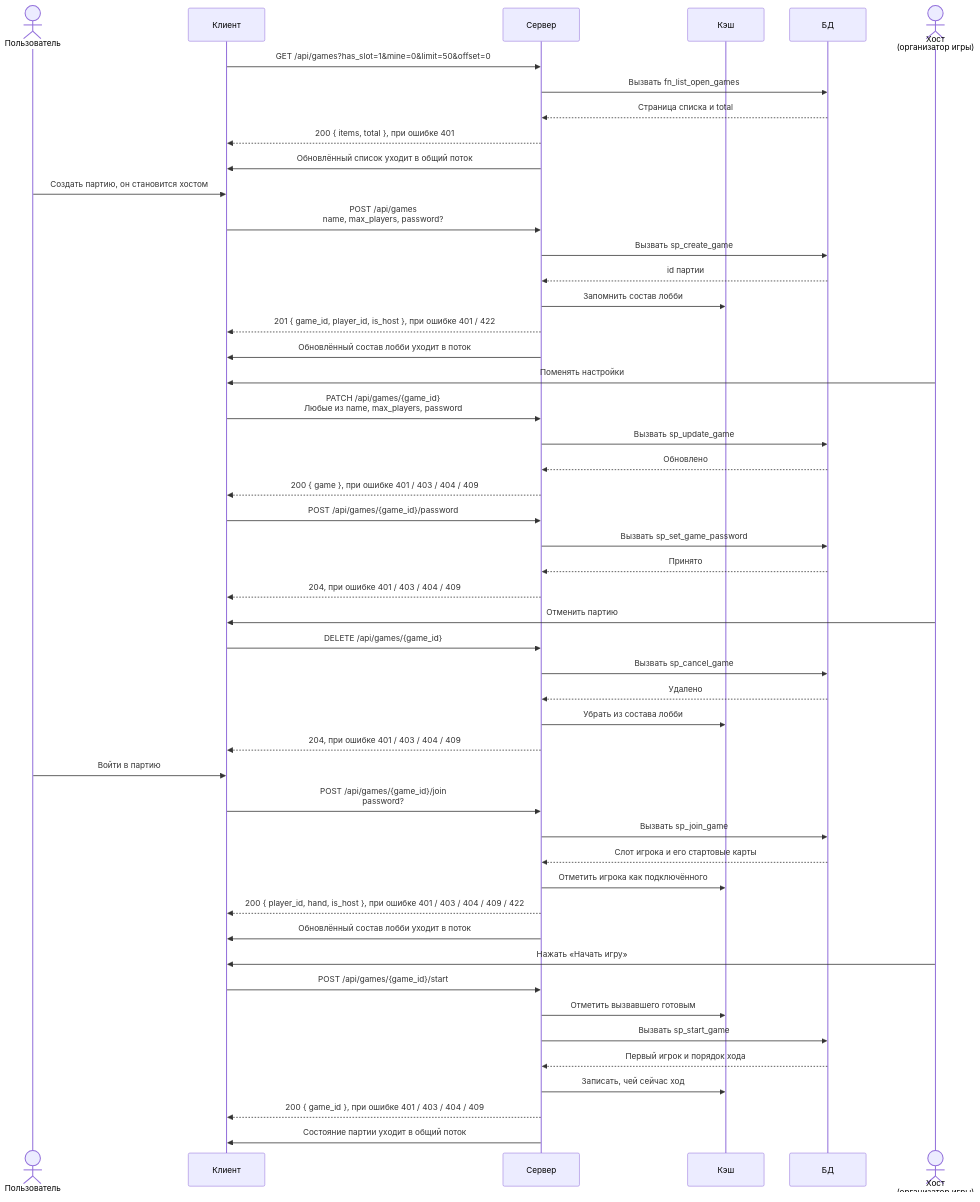
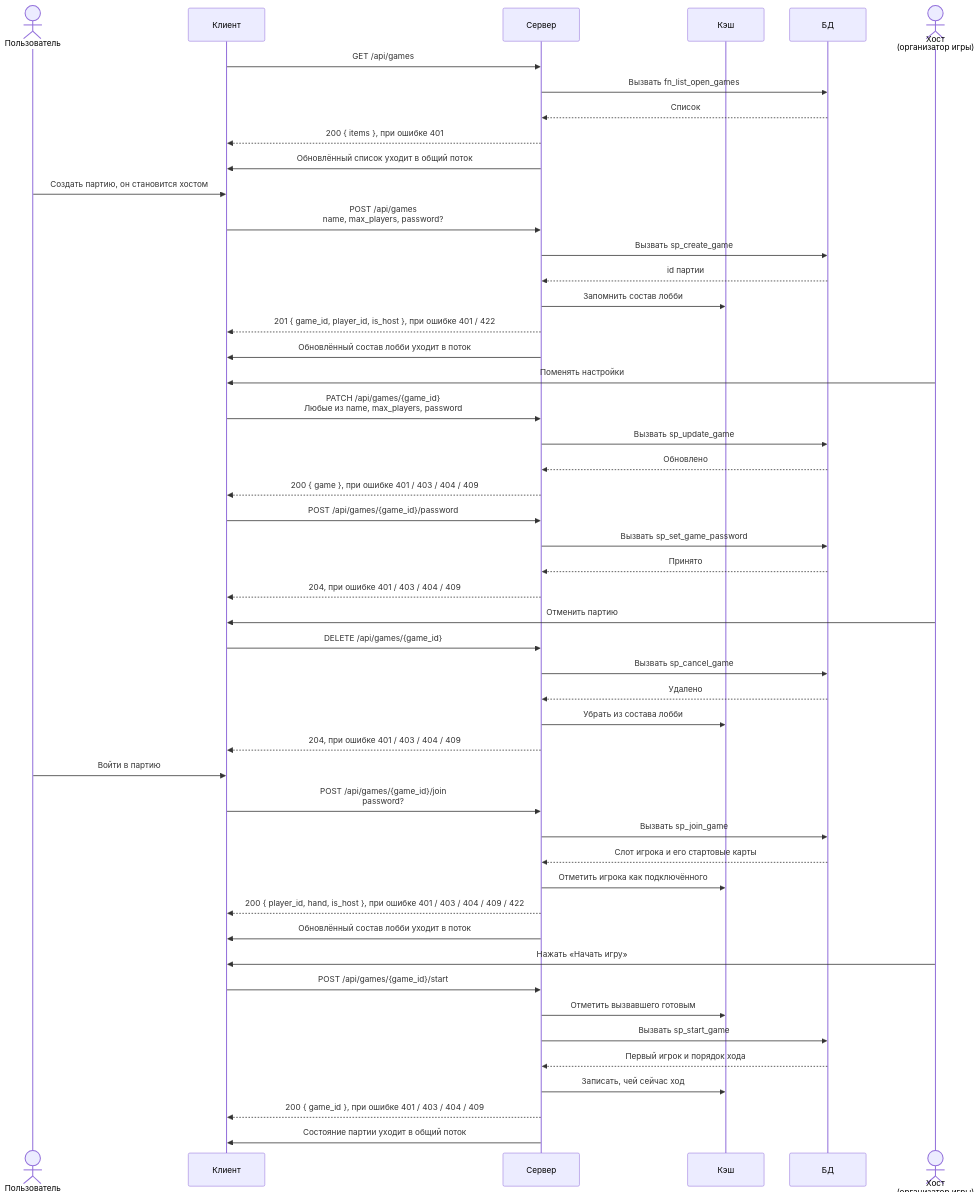
One commit to docup1/edin-game changed the diagram in diagrams/lobby.mmd. Above: the diagram before and after it, drawn with Mermaid. The commit also changed 2 other files, not shown here.

```diff
--- a/diagrams/lobby.mmd
+++ b/diagrams/lobby.mmd
@@ -1,88 +1,90 @@
 %% Всё до игры: список, создание, настройки, отмена, вход, старт.
 %% Действуют двое: обычный пользователь и хост, то есть организатор партии.
 %% Партия ещё не началась, поэтому состав лобби в кэше, факты в базе.
 %% Диаграмма делится по смыслу, а не по наличию {game_id}: пароль ставит
 %% админ, но до игры, поэтому разбирается здесь.
 sequenceDiagram
     actor U as Пользователь
     participant C as Клиент
     participant S as Сервер
     participant K as Кэш
     participant D as БД
     actor H as Хост<br/>(организатор игры)
 
-    C->>S: GET /api/games?has_slot=1&mine=0&limit=50&offset=0
+    %% Фильтры has_slot и mine живут в колонке Query таблицы в API.md,
+    %% на стрелке их нет: список и так уходит в поток целиком.
+    C->>S: GET /api/games
     S->>D: Вызвать fn_list_open_games
-    D-->>S: Страница списка и total
-    S-->>C: 200 { items, total }, при ошибке 401
+    D-->>S: Список
+    S-->>C: 200 { items }, при ошибке 401
     S->>C: Обновлённый список уходит в общий поток
 
     U->>C: Создать партию, он становится хостом
     C->>S: POST /api/games<br/>name, max_players, password?
     S->>D: Вызвать sp_create_game
     D-->>S: id партии
     S->>K: Запомнить состав лобби
     S-->>C: 201 { game_id, player_id, is_host }, при ошибке 401 / 422
     S->>C: Обновлённый состав лобби уходит в поток
 
     H->>C: Поменять настройки
     C->>S: PATCH /api/games/{game_id}<br/>Любые из name, max_players, password
     S->>D: Вызвать sp_update_game
     D-->>S: Обновлено
     S-->>C: 200 { game }, при ошибке 401 / 403 / 404 / 409
 
     C->>S: POST /api/games/{game_id}/password
     S->>D: Вызвать sp_set_game_password
     D-->>S: Принято
     S-->>C: 204, при ошибке 401 / 403 / 404 / 409
 
     H->>C: Отменить партию
     C->>S: DELETE /api/games/{game_id}
     S->>D: Вызвать sp_cancel_game
     D-->>S: Удалено
     S->>K: Убрать из состава лобби
     S-->>C: 204, при ошибке 401 / 403 / 404 / 409
 
     U->>C: Войти в партию
     C->>S: POST /api/games/{game_id}/join<br/>password?
     S->>D: Вызвать sp_join_game
     D-->>S: Слот игрока и его стартовые карты
     S->>K: Отметить игрока как подключённого
     S-->>C: 200 { player_id, hand, is_host }, при ошибке 401 / 403 / 404 / 409 / 422
     S->>C: Обновлённый состав лобби уходит в поток
 
     H->>C: Нажать «Начать игру»
     C->>S: POST /api/games/{game_id}/start
     S->>K: Отметить вызвавшего готовым
     S->>D: Вызвать sp_start_game
     D-->>S: Первый игрок и порядок хода
     S->>K: Записать, чей сейчас ход
     S-->>C: 200 { game_id }, при ошибке 401 / 403 / 404 / 409
     S->>C: Состояние партии уходит в общий поток
 
     %% Список требует сессии, поэтому гостя без входа здесь нет: без cookie
     %% приходит 401. В списке есть, сколько мест занято, но нет имён игроков -
     %% имена иначе утекли бы всем подряд.
     %% has_slot - только партии со свободными местами, по умолчанию включён:
     %% иначе пользователь кликнет в партию без мест и получит отказ. mine -
-    %% только свои партии. limit - до 200, offset - страницы. Список приходит и
-    %% в общий поток, поэтому опрашивать его вручную не нужно.
+    %% только свои партии. Страниц нет: список приходит целиком и в общий поток,
+    %% поэтому опрашивать его вручную не нужно.
     %% max_players вне диапазона 2..6 или пустое имя - 422.
     %% Приглашение - обычная ссылка /game/{id}, отдельная сущность в базе не нужна.
     %% Настройки меняет только хост и только до старта. max_players нельзя сделать
     %% меньше занятых мест, password можно обнулить через null.
     %% Пароль без актора: это действие админа, а не хоста и не игрока, поэтому
     %% отдельного участника ради него заводить не стали. sp_set_game_password
     %% требует роль admin и работает только до старта. Пароль, поставленный
     %% админом, хост снять не может: снимается он только тем же эндпоинтом.
     %% Отмена - настоящее удаление, а не флаг cancelled: иначе про него пришлось бы
     %% вечно помнить.
     %% join проверяет пароль, свободное место и что партия не началась. Но если
     %% за игроком уже есть место - пускает обратно даже после старта, выдавая
     %% пустую руку. Раньше leave место сохранял, а join отказывал, и вышедший
     %% оставался заперт снаружи.
     %% Отказ от входа - это не leave: до старта место просто освобождается.
     %% start отмечает готовым и запускает: готовность - это факт, а не действие,
     %% и живёт в кэше. 409 если готовы не все, причём готовность не сбрасывается.
     %% Состав лобби и текущий ход живут в кэше, в базе только факты: игроки,
     %% карты, ходы.
```
